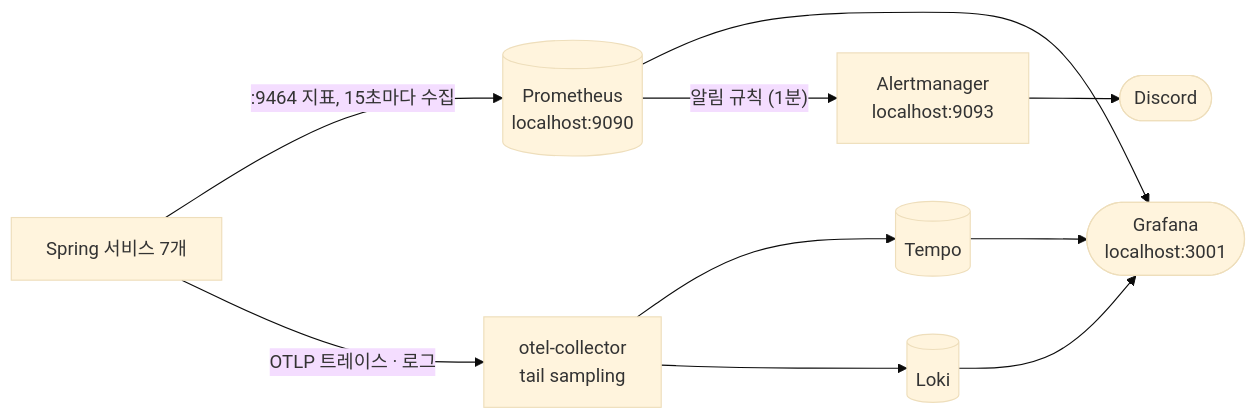
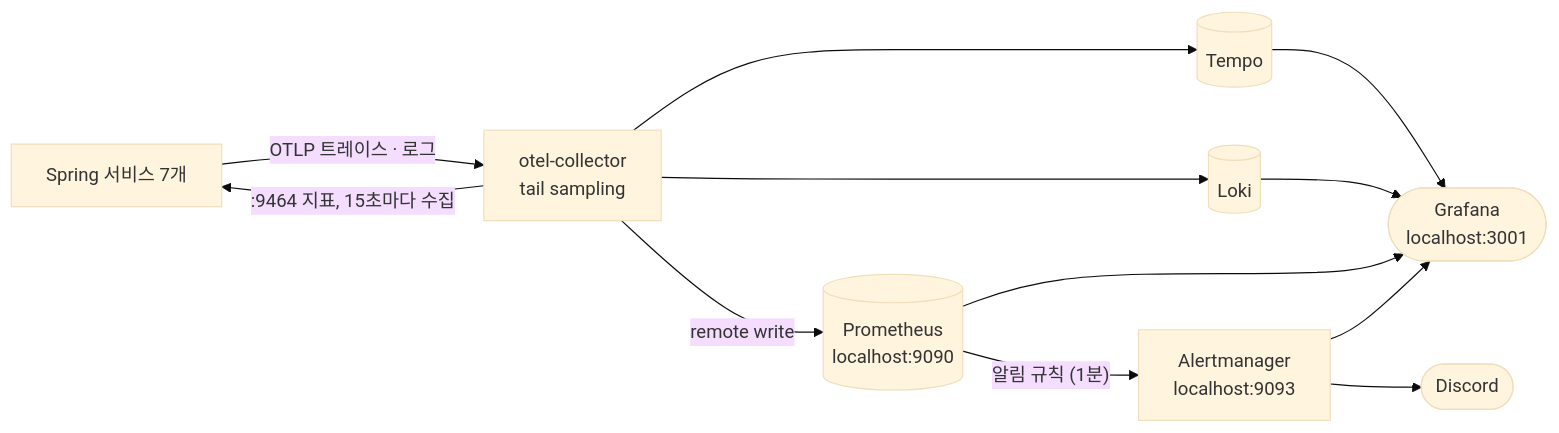
The first of 3 diagrams in .docs/guide/002-observability.md (rivertw777/ModuDrive-API), drawn with Mermaid (base theme) before and after one commit. The commit also changed other lines of this file and 8 other files, not shown here.

````diff
--- a/.docs/guide/002-observability.md
+++ b/.docs/guide/002-observability.md
@@ -44,18 +44,19 @@
 ```mermaid
 flowchart LR
     S["Spring 서비스 7개"]
     P[("Prometheus<br/>localhost:9090")]
     L[("Loki")]
     C["otel-collector<br/>tail sampling"]
     T[("Tempo")]
     G(["Grafana<br/>localhost:3001"])
     AM["Alertmanager<br/>localhost:9093"]
     D(["Discord"])
 
-    S -- ":9464 지표, 15초마다 수집" --> P
+    C -- ":9464 지표, 15초마다 수집" --> S
     S -- "OTLP 트레이스 · 로그" --> C
     C --> T
     C --> L
-    P & L & T --> G
+    C -- "remote write" --> P
+    P & L & T & AM --> G
     P -- "알림 규칙 (1분)" --> AM --> D
 ```
````
